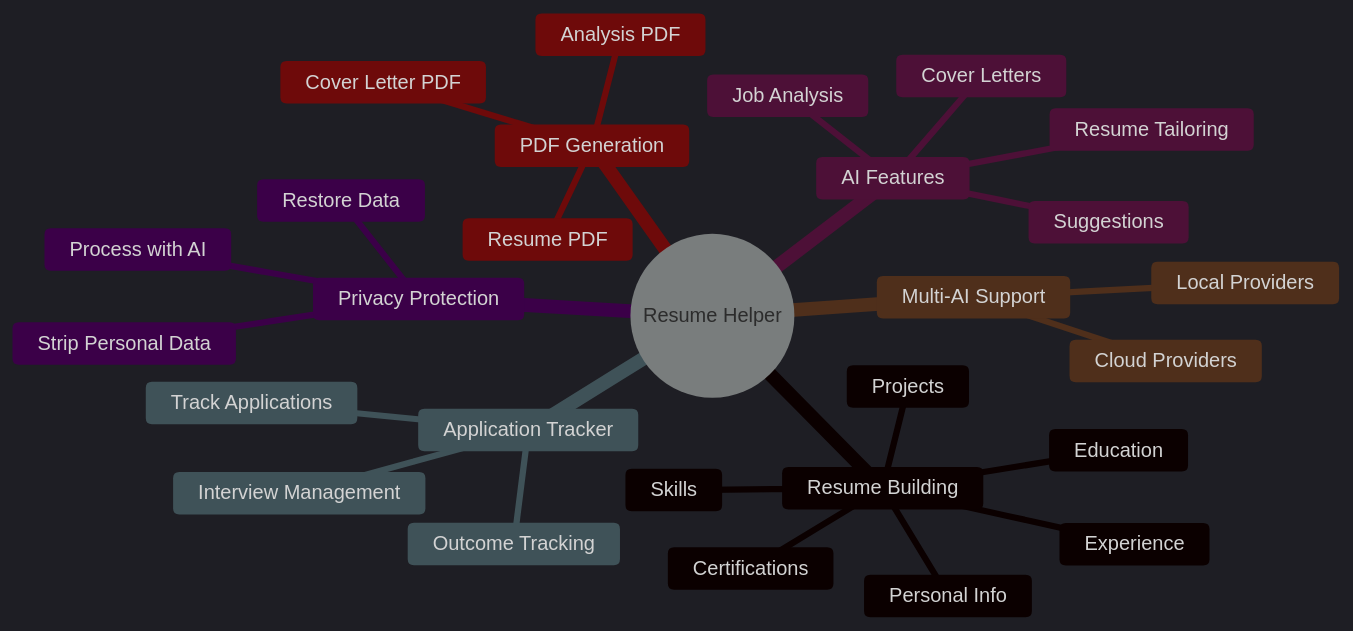
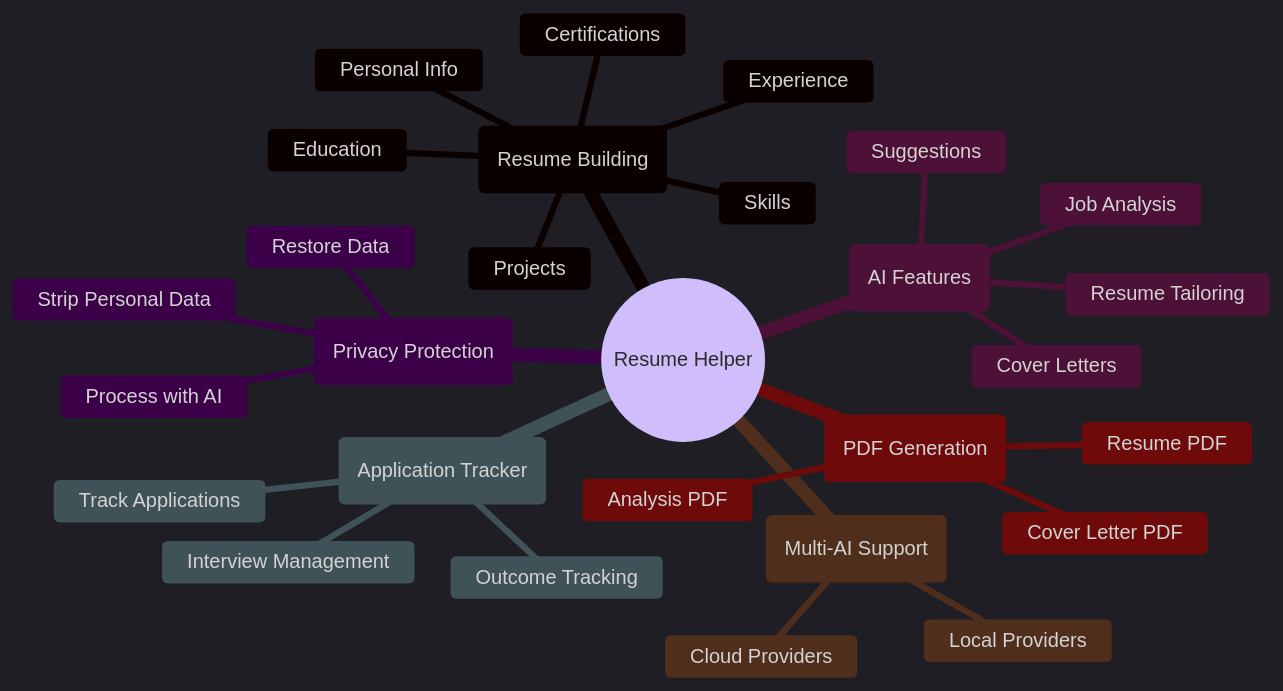
Before and after one commit to gibbenergy/Resume_Helper: the first of 2 diagrams in README.md, drawn with Mermaid.

Commit message:
Fix mindmap text colors to white

````diff
--- a/README.md
+++ b/README.md
@@ -30,32 +30,32 @@
 ```mermaid
-%%{init: {'theme': 'dark'}}%%
+%%{init: {'theme': 'dark', 'themeVariables': {'primaryColor': '#6366f1', 'secondaryColor': '#8b5cf6', 'tertiaryColor': '#06b6d4', 'primaryTextColor': '#fff', 'secondaryTextColor': '#fff', 'tertiaryTextColor': '#fff', 'lineColor': '#94a3b8'}}}%%
 mindmap
   root((Resume Helper))
-    Resume Building
+    (Resume Building)
       Personal Info
       Education
       Experience
       Skills
       Projects
       Certifications
-    AI Features
+    (AI Features)
       Job Analysis
       Resume Tailoring
       Cover Letters
       Suggestions
-    Application Tracker
+    (Application Tracker)
       Track Applications
       Interview Management
       Outcome Tracking
-    Multi-AI Support
+    (Multi-AI Support)
       Cloud Providers
       Local Providers
-    PDF Generation
+    (PDF Generation)
       Resume PDF
       Cover Letter PDF
       Analysis PDF
-    Privacy Protection
+    (Privacy Protection)
       Strip Personal Data
       Process with AI
       Restore Data
 ```
````
